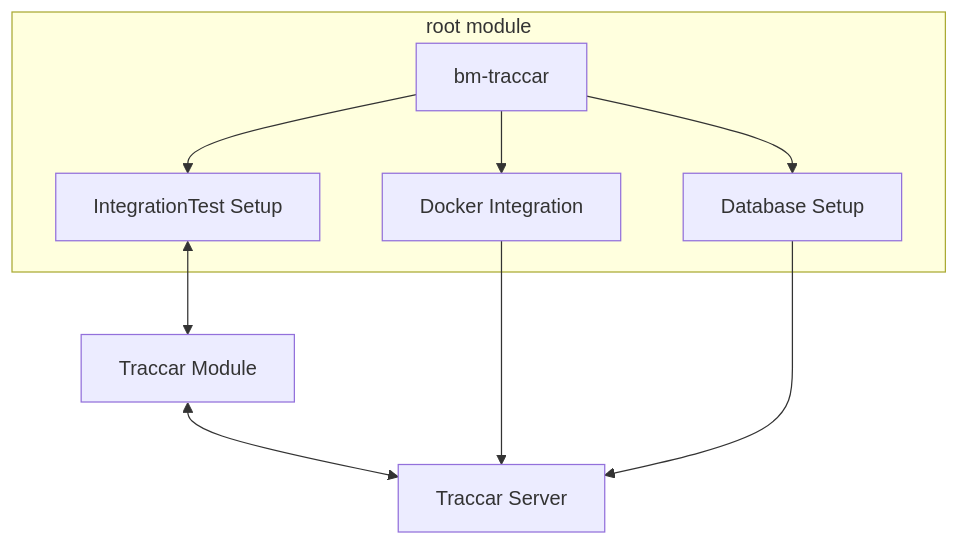
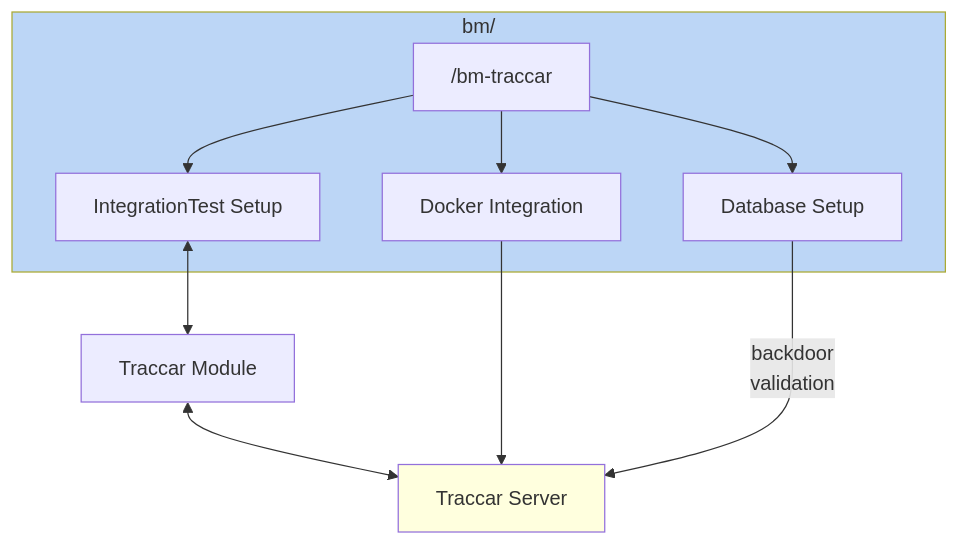
Before and after one commit to kbeigl/bm: the diagram in bm-traccar/src/asciidoc/client-development.adoc, drawn with Mermaid. The commit also changed other lines of this file and 87 other files, not shown here.

```diff
--- a/bm-traccar/src/asciidoc/client-development.adoc
+++ b/bm-traccar/src/asciidoc/client-development.adoc
@@ -19,23 +19,26 @@
 [mermaid]
 ....
 flowchart TD
-    subgraph root module
-        bm-traccar["bm-traccar"] 
+    subgraph bm/
+        bm-traccar["/bm-traccar"] 
         docker-integration["Docker Integration"]
         testing-setup["IntegrationTest Setup"]
         database-handling["Database Setup"]
     end
+    
+    style bm/ fill:#bcd6f6
   
     traccar-module["Traccar Module"]
     traccar-server["Traccar Server"]
+    style traccar-server fill:#ffffde
 
     bm-traccar --> docker-integration
     bm-traccar --> testing-setup
     bm-traccar --> database-handling
 
     testing-setup <--> traccar-module
     traccar-module <--> traccar-server
 
     docker-integration --> traccar-server
-    database-handling --> traccar-server
+    database-handling -- backdoor <br> validation --> traccar-server
 ....
```
